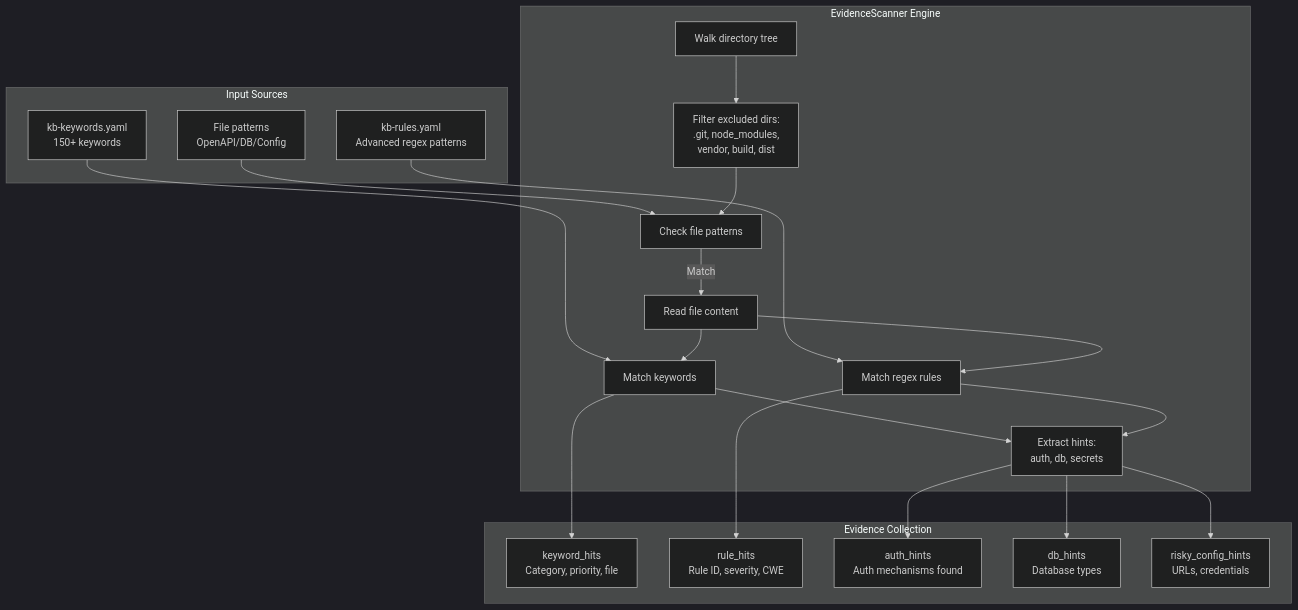
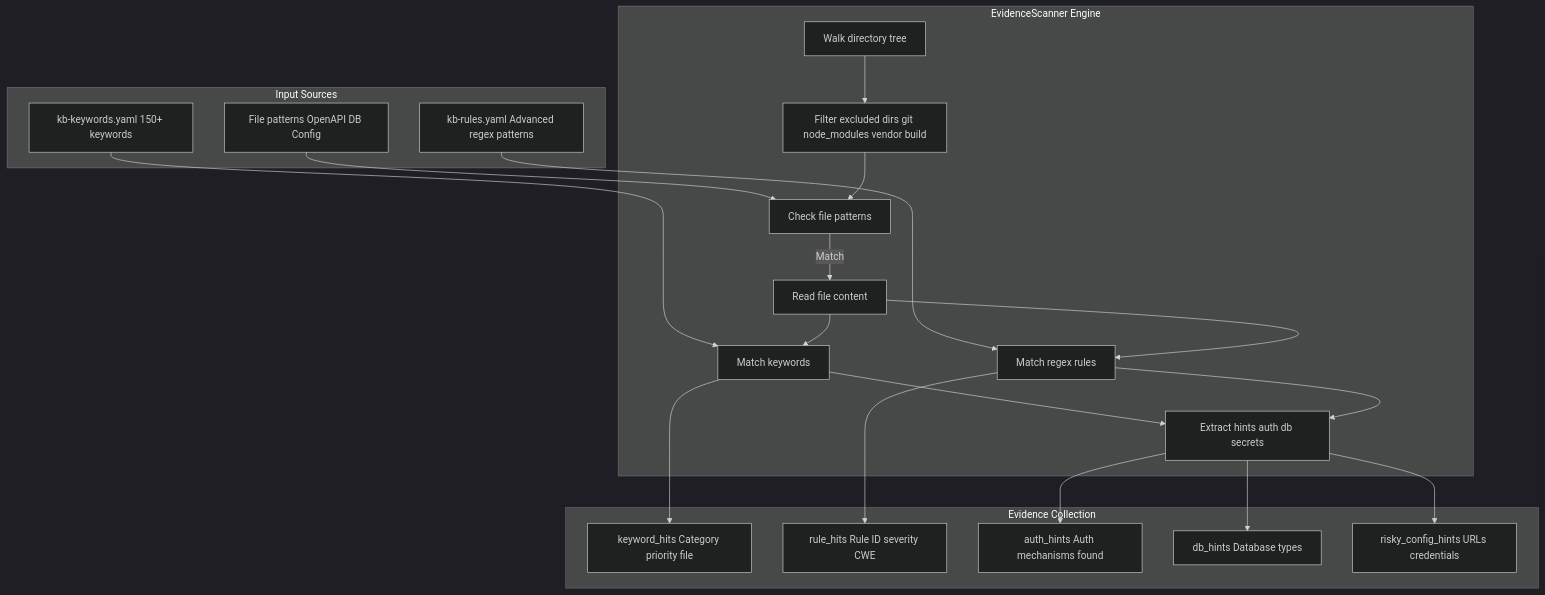
The fourth of 14 diagrams in README.md (yantongggg/TM_o31), drawn with Mermaid (dark theme) before and after one commit. The commit also changed other lines of this file, not shown here.

First line of the commit message:
fix: Resolve Mermaid diagram parse errors on GitHub

````diff
--- a/README.md
+++ b/README.md
@@ -259,45 +259,45 @@
 ```mermaid
 flowchart TD
     subgraph Input["Input Sources"]
-        KB_Keywords[kb-keywords.yaml<br/>150+ keywords]
-        KB_Rules[kb-rules.yaml<br/>Advanced regex patterns]
-        FilePatterns[File patterns<br/>OpenAPI/DB/Config]
+        KB_Keywords[kb-keywords.yaml 150+ keywords]
+        KB_Rules[kb-rules.yaml Advanced regex patterns]
+        FilePatterns[File patterns OpenAPI DB Config]
     end
 
     subgraph Scanner["EvidenceScanner Engine"]
         Walk[Walk directory tree]
-        Filter[Filter excluded dirs:<br/>.git, node_modules,<br/>vendor, build, dist]
+        Filter[Filter excluded dirs git node_modules vendor build]
         Check[Check file patterns]
         Read[Read file content]
         MatchKW[Match keywords]
         MatchRules[Match regex rules]
-        ExtractHints[Extract hints:<br/>auth, db, secrets]
+        ExtractHints[Extract hints auth db secrets]
     end
 
     subgraph Output["Evidence Collection"]
-        KeywordHits[keyword_hits<br/>Category, priority, file]
-        RuleHits[rule_hits<br/>Rule ID, severity, CWE]
-        AuthHints[auth_hints<br/>Auth mechanisms found]
-        DBHints[db_hints<br/>Database types]
-        RiskyConfigs[risky_config_hints<br/>URLs, credentials]
+        KeywordHits[keyword_hits Category priority file]
+        RuleHits[rule_hits Rule ID severity CWE]
+        AuthHints[auth_hints Auth mechanisms found]
+        DBHints[db_hints Database types]
+        RiskyConfigs[risky_config_hints URLs credentials]
     end
 
     KB_Keywords --> MatchKW
     KB_Rules --> MatchRules
     FilePatterns --> Check
 
     Walk --> Filter
     Filter --> Check
     Check -->|Match| Read
     Read --> MatchKW
     Read --> MatchRules
 
     MatchKW --> ExtractHints
     MatchRules --> ExtractHints
 
     MatchKW --> KeywordHits
     MatchRules --> RuleHits
     ExtractHints --> AuthHints
     ExtractHints --> DBHints
     ExtractHints --> RiskyConfigs
 ```
````
